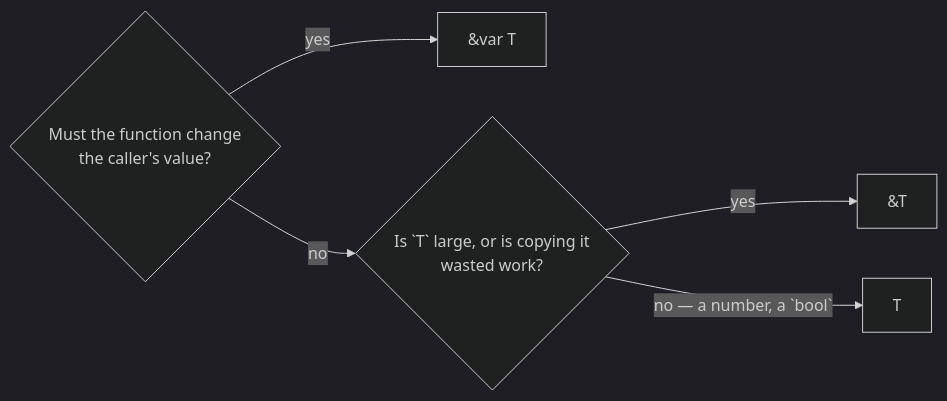
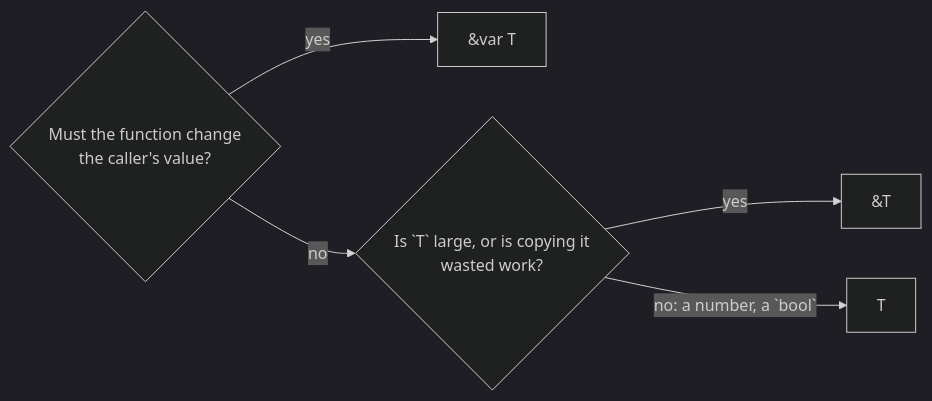
One commit to rux-lang/Web changed the diagram in content/docs/1.learn/06.types/03.mutable-reference.md. Above: the diagram before and after it, drawn with Mermaid (dark theme). The commit also changed 46 other files, not shown here.

First line of the commit message:
Fit the course diagrams on phone screens

````diff
--- a/content/docs/1.learn/06.types/03.mutable-reference.md
+++ b/content/docs/1.learn/06.types/03.mutable-reference.md
@@ -106,7 +106,7 @@
 ```mermaid
 flowchart LR
     q1{"Must the function change<br/>the caller's value?"} -- "yes" --> rv["`&var T`"]
     q1 -- "no" --> q2{"Is `T` large, or is copying it<br/>wasted work?"}
     q2 -- "yes" --> r["`&T`"]
-    q2 -- "no — a number, a `bool`" --> v["`T`"]
+    q2 -- "no: a number, a `bool`" --> v["`T`"]
 ```
````
